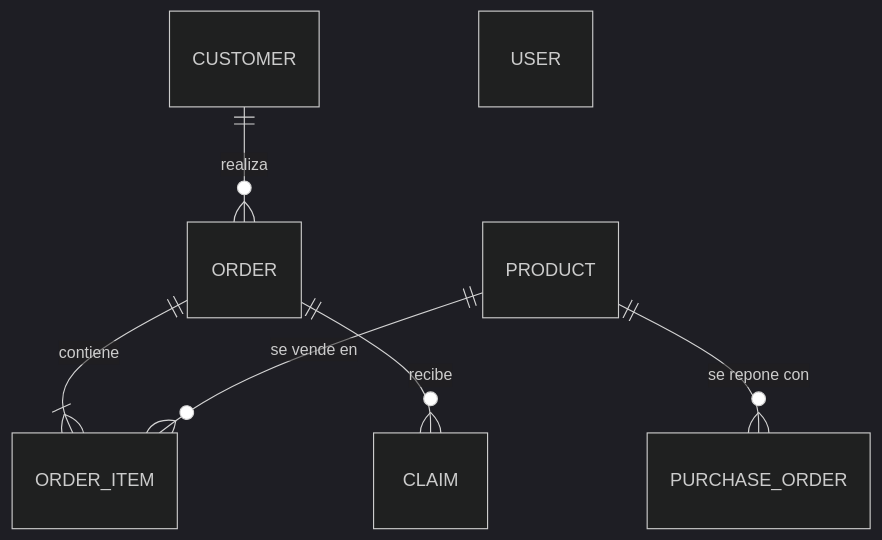
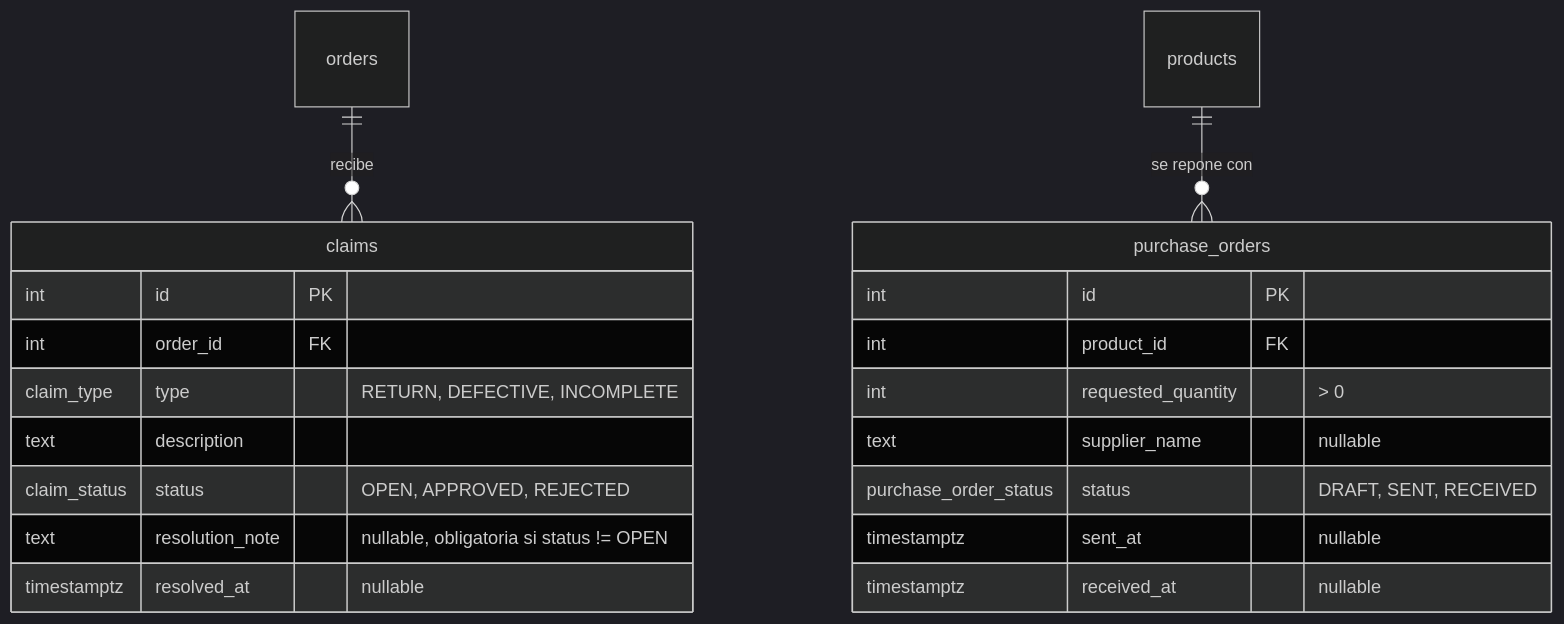
Before and after one commit to Hely-son/Helyson-perdomo-proyecto-final: the second of 2 diagrams in specs/01_data_models.spec.md, drawn with Mermaid (dark theme). The commit also changed other lines of this file and 15 other files, not shown here.

````diff
--- a/specs/01_data_models.spec.md
+++ b/specs/01_data_models.spec.md
@@ -11,9 +202,24 @@
 ```mermaid
 erDiagram
-    CUSTOMER ||--o{ ORDER : "realiza"
-    ORDER ||--|{ ORDER_ITEM : "contiene"
-    PRODUCT ||--o{ ORDER_ITEM : "se vende en"
-    ORDER ||--o{ CLAIM : "recibe"
-    PRODUCT ||--o{ PURCHASE_ORDER : "se repone con"
-    USER
+    orders ||--o{ claims : "recibe"
+    products ||--o{ purchase_orders : "se repone con"
+
+    claims {
+        int id PK
+        int order_id FK
+        claim_type type "RETURN, DEFECTIVE, INCOMPLETE"
+        text description
+        claim_status status "OPEN, APPROVED, REJECTED"
+        text resolution_note "nullable, obligatoria si status != OPEN"
+        timestamptz resolved_at "nullable"
+    }
+    purchase_orders {
+        int id PK
+        int product_id FK
+        int requested_quantity "> 0"
+        text supplier_name "nullable"
+        purchase_order_status status "DRAFT, SENT, RECEIVED"
+        timestamptz sent_at "nullable"
+        timestamptz received_at "nullable"
+    }
 ```
````
